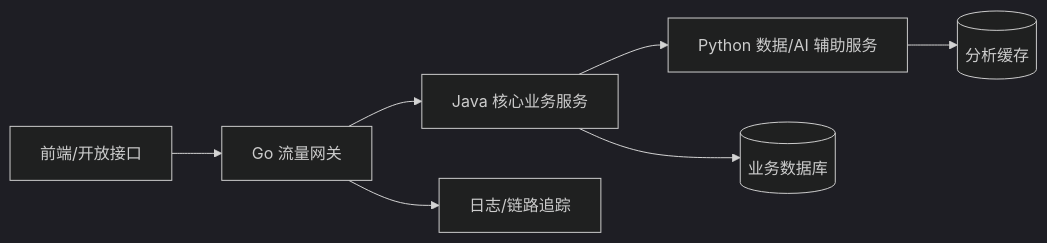
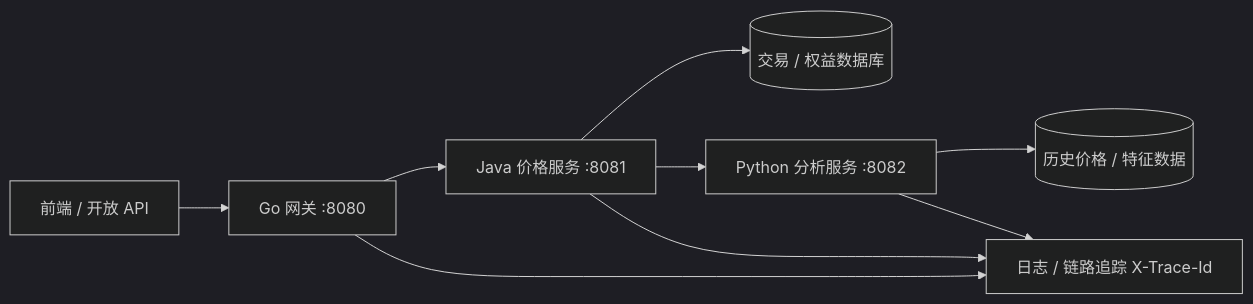
Before and after one commit to xiangganLuo/java-perspective-go-python-fullstack: the diagram in book/chapters/01-为什么-java-工程师要掌握多语言？.md, drawn with Mermaid (dark theme). The commit also changed other lines of this file and 17 other files, not shown here.

````diff
--- a/book/chapters/01-为什么-java-工程师要掌握多语言？.md
+++ b/book/chapters/01-为什么-java-工程师要掌握多语言？.md
@@ -17,9 +21,11 @@
 ```mermaid
 flowchart LR
-  U[前端/开放接口] --> G[Go 流量网关]
-  G --> J[Java 核心业务服务]
-  J --> P[Python 数据/AI 辅助服务]
-  J --> DB[(业务数据库)]
-  P --> Cache[(分析缓存)]
-  G --> Obs[日志/链路追踪]
+  U[前端 / 开放 API] --> G[Go 网关 :8080]
+  G --> J[Java 价格服务 :8081]
+  J --> DB[(交易 / 权益数据库)]
+  J --> P[Python 分析服务 :8082]
+  P --> DS[(历史价格 / 特征数据)]
+  G --> OBS[日志 / 链路追踪 X-Trace-Id]
+  J --> OBS
+  P --> OBS
 ```
````
